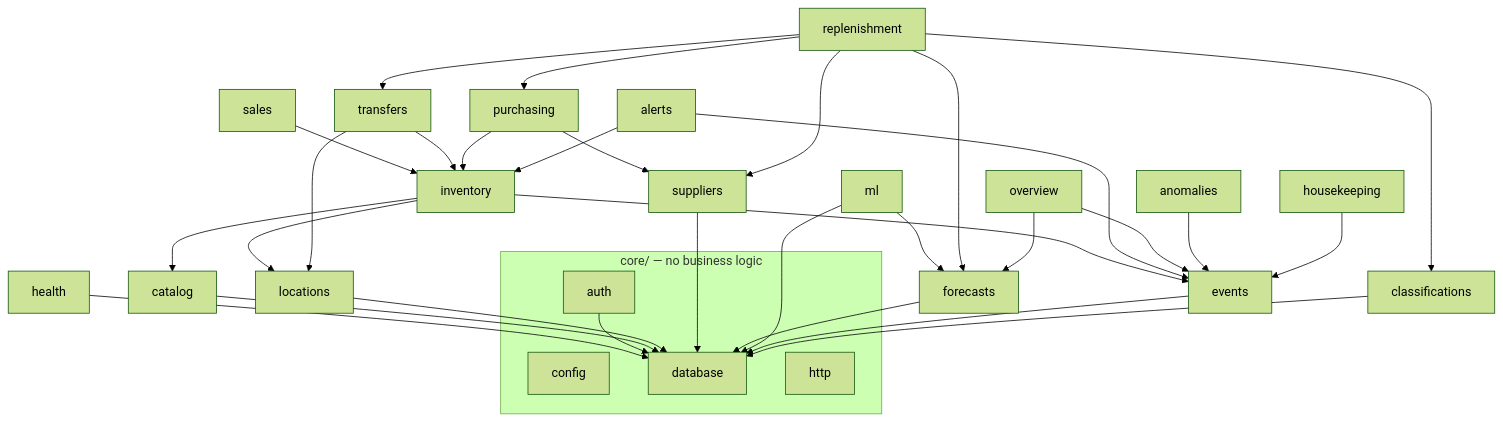
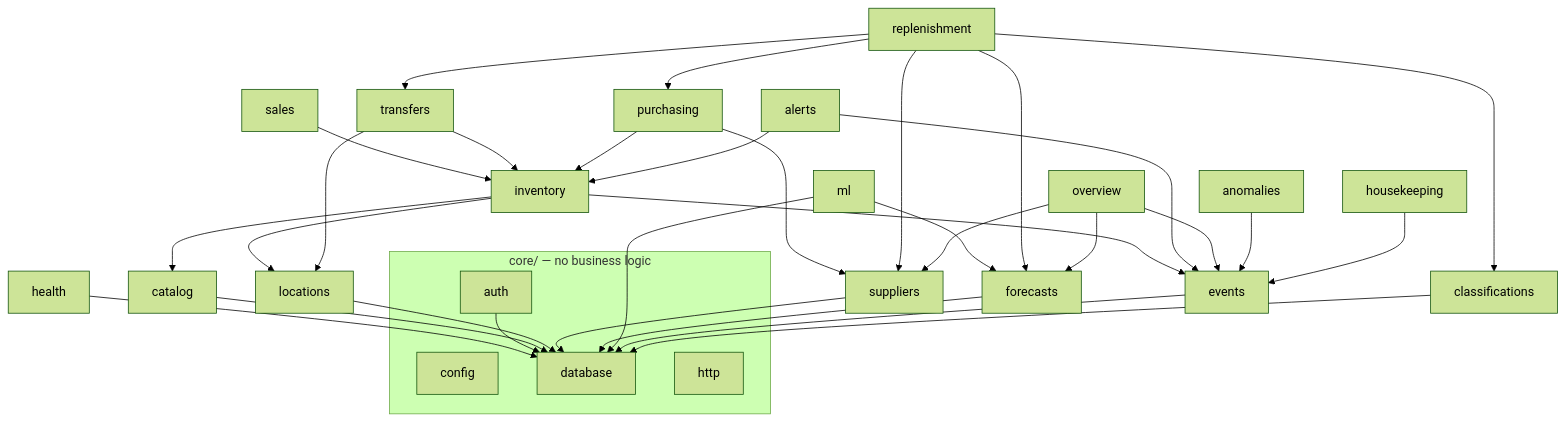
One commit to Hirockpaul/RetailPulse changed the second of 6 diagrams in docs/ARCHITECTURE.md. Above: the diagram before and after it, drawn with Mermaid (forest theme). The commit also changed other lines of this file and 11 other files, not shown here.

First line of the commit message:
feat(v2): step 4a-1 — Control Tower data: KPIs, risk panel, chart series, locations

````diff
--- a/docs/ARCHITECTURE.md
+++ b/docs/ARCHITECTURE.md
@@ -69,24 +69,24 @@
 ```mermaid
 flowchart TB
   subgraph core[core/ — no business logic]
     config & database & http & auth
   end
   health --> database
   auth --> database
   catalog --> database
   locations --> database
   inventory --> catalog & locations & events
   sales --> inventory
   transfers --> inventory & locations
   purchasing --> inventory & suppliers
   suppliers --> database
   forecasts --> database
   ml --> database & forecasts
   replenishment --> forecasts & purchasing & transfers & suppliers & classifications
   events --> database
   alerts --> events & inventory
-  overview --> forecasts & events
+  overview --> forecasts & events & suppliers
   anomalies --> events
   classifications --> database
   housekeeping --> events
 ```
````
